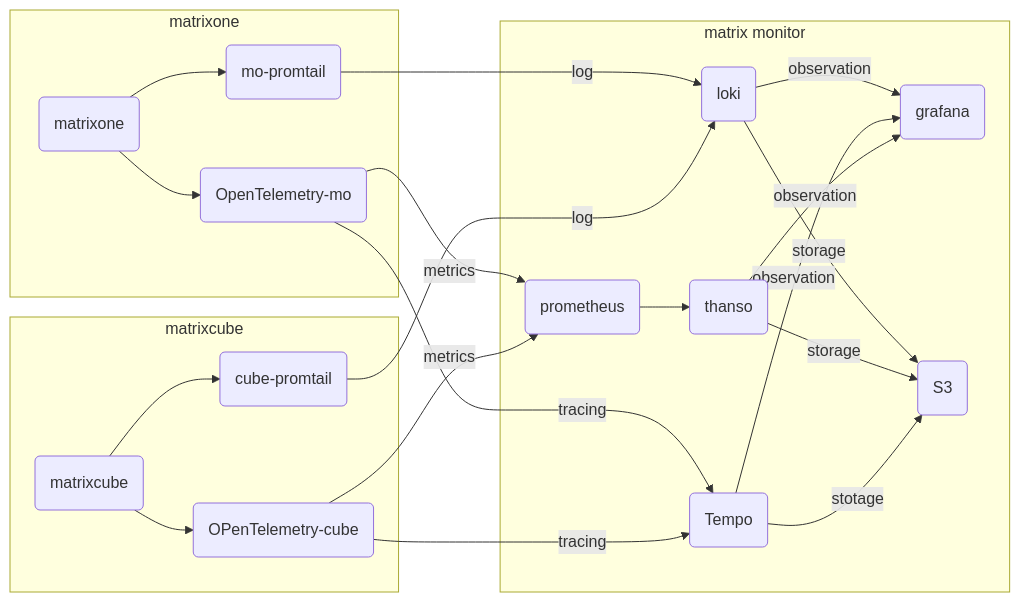
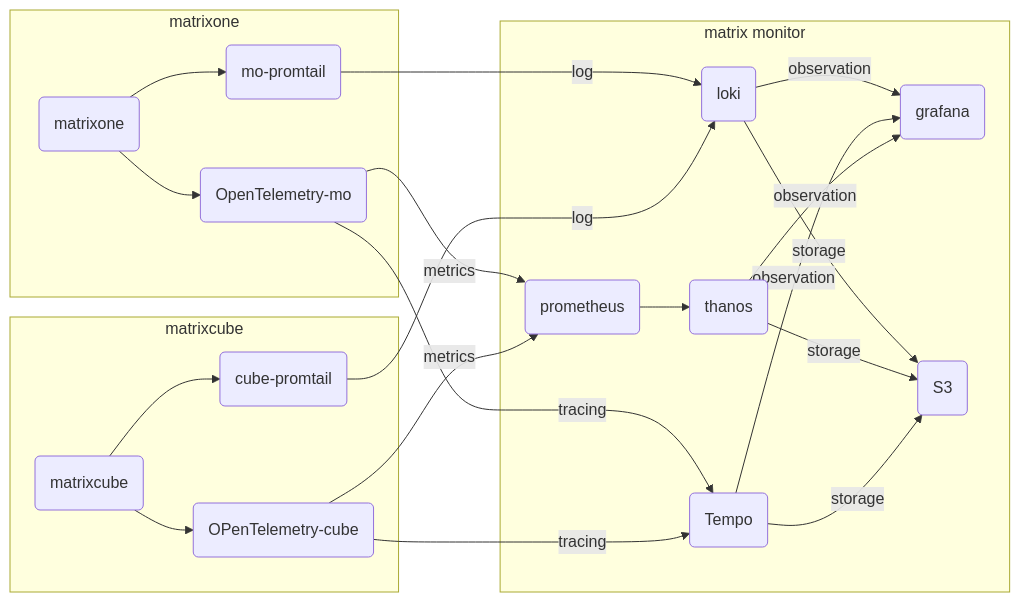
The fifth of 5 diagrams in docs/architecture.md (matrixorigin/matrixone-operator), drawn with Mermaid before and after one commit. The commit also changed other lines of this file and 7 other files, not shown here.

````diff
--- a/docs/architecture.md
+++ b/docs/architecture.md
@@ -55,35 +55,35 @@
 ```mermaid
 flowchart LR
 l1(matrixone)
 l2(matrixcube)
 l3(loki)
 l4(prometheus)
 l5(grafana)
 l6(S3)
-l7(thanso )
+l7(thanos)
 l8(mo-promtail)
 l9(cube-promtail)
 d1(Tempo)
 d2(OpenTelemetry-mo)
 d3(OPenTelemetry-cube)
     subgraph matrix monitor
     l3 -- storage --> l6
     l7 -- storage --> l6
-    d1 -- stotage --> l6
+    d1 -- storage --> l6
     l3 -- observation --> l5
     d1 -- observation --> l5
     l4 --> l7 -- observation --> l5
     end
 
     subgraph matrixone
     l1  --> l8 -- log --> l3
     l1  --> d2--  metrics --> l4
     d2 -- tracing --> d1
     end
 
     subgraph matrixcube
     l2 --> d3 -- tracing --> d1
     d3 -- metrics --> l4
     l2 --> l9  -- log --> l3
     end
 ```
````
